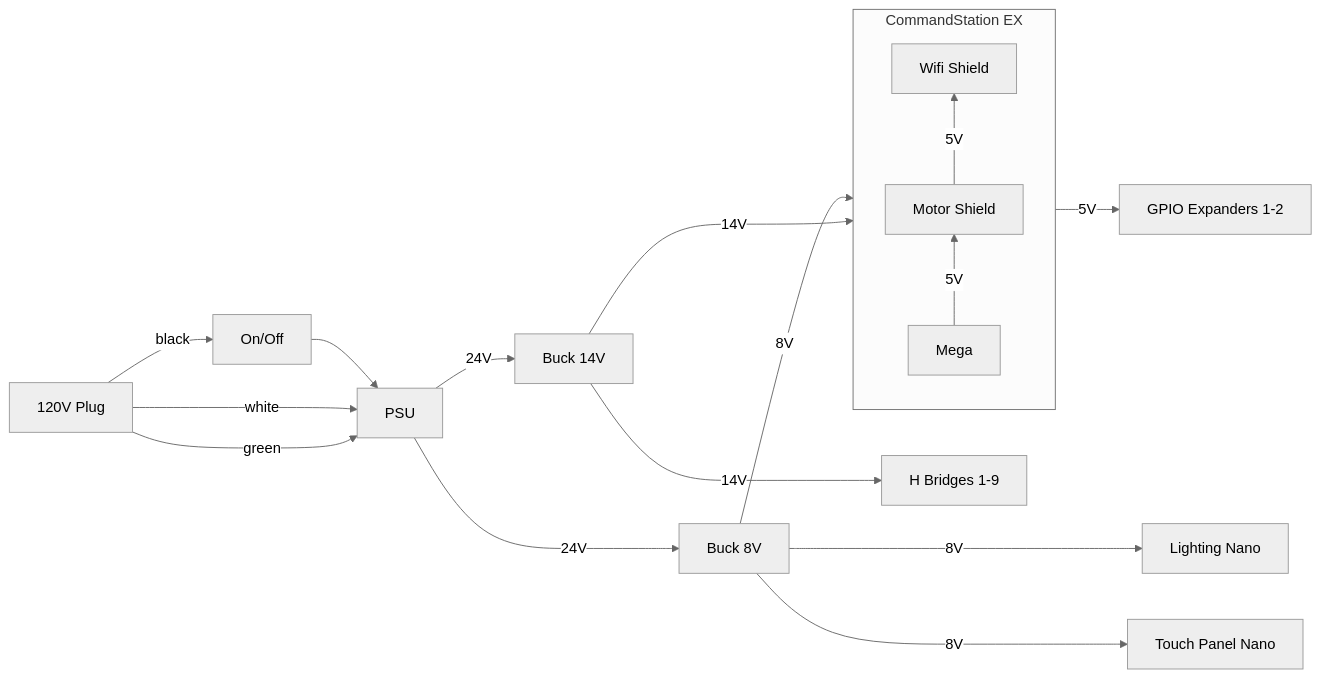
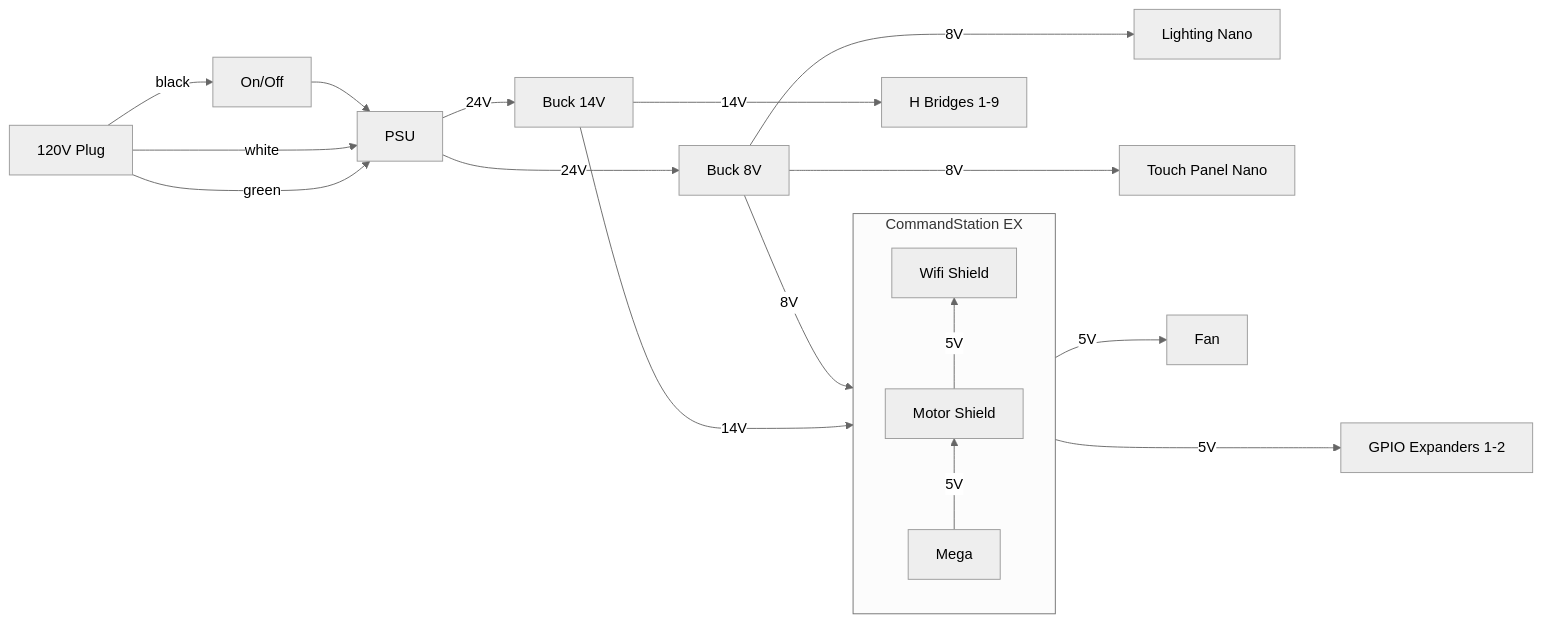
The first of 2 diagrams in README.md (kmltechio/lumber_district), drawn with Mermaid (neutral theme) before and after one commit.

Commit message:
add 5v to fan on power diagram

````diff
--- a/README.md
+++ b/README.md
@@ -23,27 +23,28 @@
 ```mermaid
 flowchart LR
   P120[120V Plug]
   Pswitch[On/Off]
   PSU
   P120 -->|black| Pswitch --> PSU
   P120 -->|white| PSU
   P120 -->|green| PSU
   Buck14[Buck 14V]
   Buck8[Buck 8V]
   PSU -->|24V| Buck14 & Buck8
   subgraph CmdStn[CommandStation EX]
     direction BT
     Mega
     Motor[Motor Shield]
     WiFi[Wifi Shield]
     Mega -->|5V| Motor -->|5V| WiFi
     end
   Lights[Lighting Nano]
   Touch[Touch Panel Nano]
   Gpio["GPIO Expanders 1-2"]
   HBridge["H Bridges 1-9"]
   Buck8 -->|8V| Mega
   Buck8 --->|8V| Lights & Touch
   Buck14 --->|14V| HBridge & Motor
-  Mega -->|5V| Gpio
+  Mega --->|5V| Gpio
+  Mega -->|5V| Fan
 ```
````
